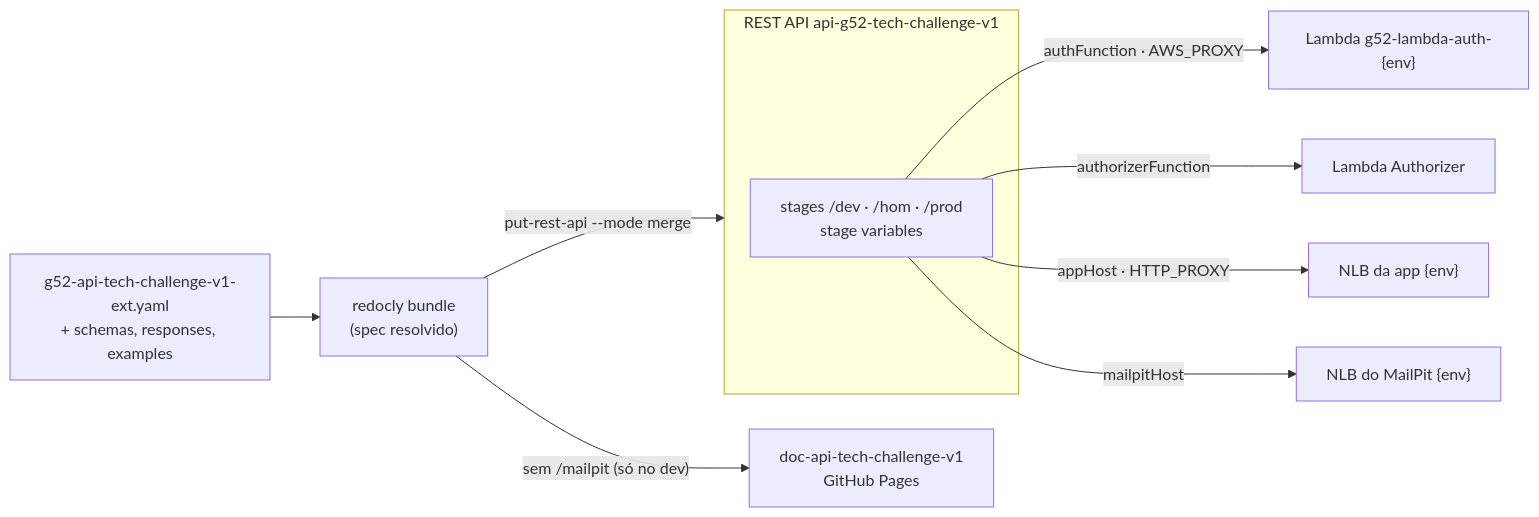
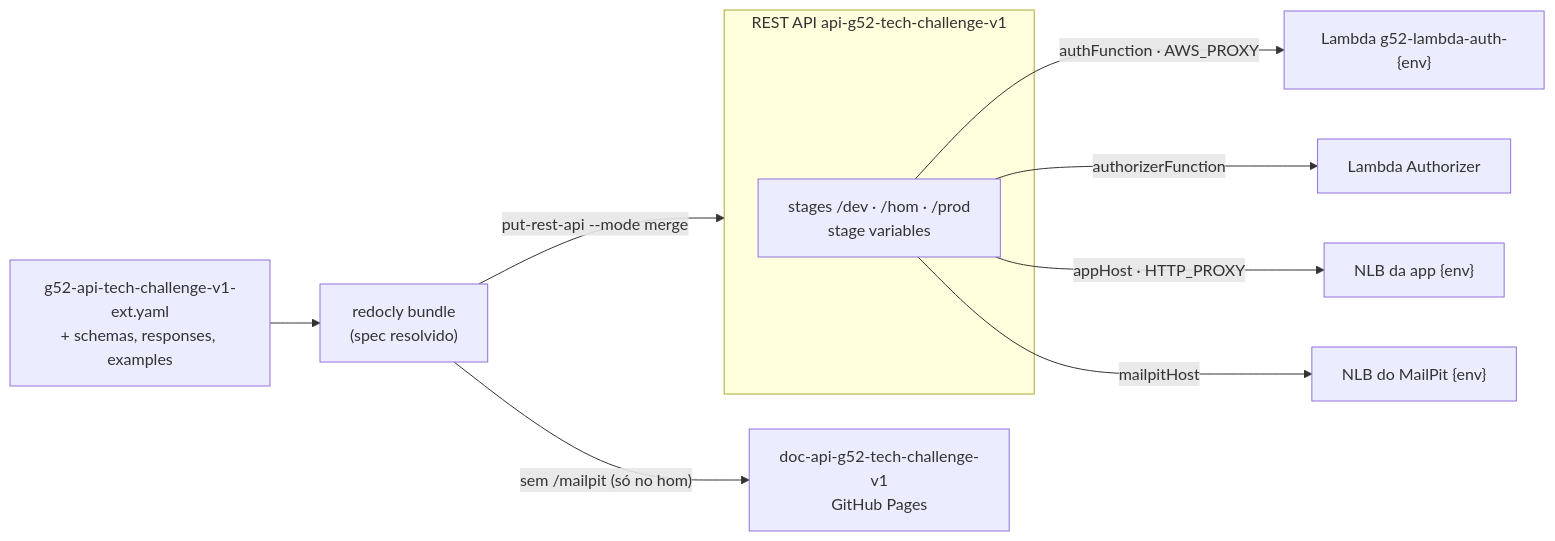
One commit to Teplotax/g52-api-tech-challenge-v1-ext changed the diagram in README.md. Above: the diagram before and after it, drawn with Mermaid. The commit also changed other lines of this file and 2 other files, not shown here.

````diff
--- a/README.md
+++ b/README.md
@@ -93,23 +93,23 @@
 ```mermaid
 flowchart LR
     yaml["g52-api-tech-challenge-v1-ext.yaml<br/>+ schemas, responses, examples"]
     bundle["redocly bundle<br/>(spec resolvido)"]
-    docs["doc-api-tech-challenge-v1<br/>GitHub Pages"]
+    docs["doc-api-g52-tech-challenge-v1<br/>GitHub Pages"]
 
     subgraph apigw["REST API api-g52-tech-challenge-v1"]
         st["stages /dev · /hom · /prod<br/>stage variables"]
     end
 
     auth["Lambda g52-lambda-auth-{env}"]
     authz["Lambda Authorizer"]
     app["NLB da app {env}"]
     mp["NLB do MailPit {env}"]
 
     yaml --> bundle
     bundle -- "put-rest-api --mode merge" --> apigw
-    bundle -- "sem /mailpit (só no dev)" --> docs
+    bundle -- "sem /mailpit (só no hom)" --> docs
     st -- "authFunction · AWS_PROXY" --> auth
     st -- "authorizerFunction" --> authz
     st -- "appHost · HTTP_PROXY" --> app
     st -- "mailpitHost" --> mp
 ```
````
